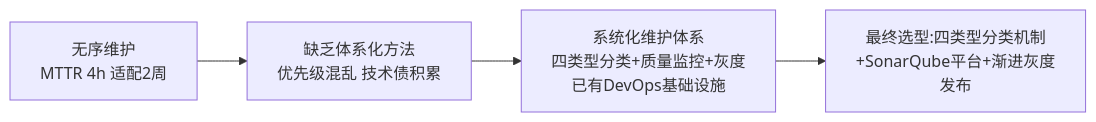
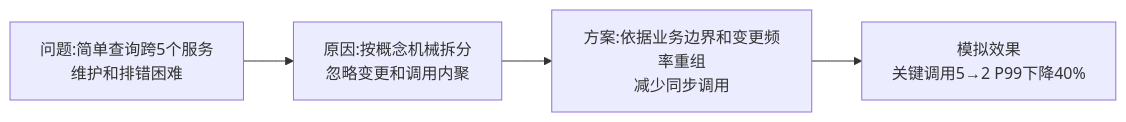
Before and after one commit to EdgarLQS/SoftwareArchitectureExamGuide: the second of 4 diagrams in 02-论文专题/0008-软件维护/00-大纲记忆卡.md, drawn with Mermaid. The commit also changed other lines of this file, not shown here.

````diff
--- a/02-论文专题/0008-软件维护/00-大纲记忆卡.md
+++ b/02-论文专题/0008-软件维护/00-大纲记忆卡.md
@@ -32,6 +98,6 @@
 ```mermaid
 flowchart LR
-    A["无序维护<br/>MTTR 4h 适配2周"] --> B["缺乏体系化方法<br/>优先级混乱 技术债积累"]
-    B --> C["系统化维护体系<br/>四类型分类+质量监控+灰度<br/>已有DevOps基础设施"]
-    C --> D["最终选型:四类型分类机制<br/>+SonarQube平台+渐进灰度发布"]
+    A["问题:简单查询跨5个服务<br/>维护和排错困难"] --> B["原因:按概念机械拆分<br/>忽略变更和调用内聚"]
+    B --> C["方案:依据业务边界和变更频率重组<br/>减少同步调用"]
+    C --> D["模拟效果<br/>关键调用5→2 P99下降40%"]
 ```
````
